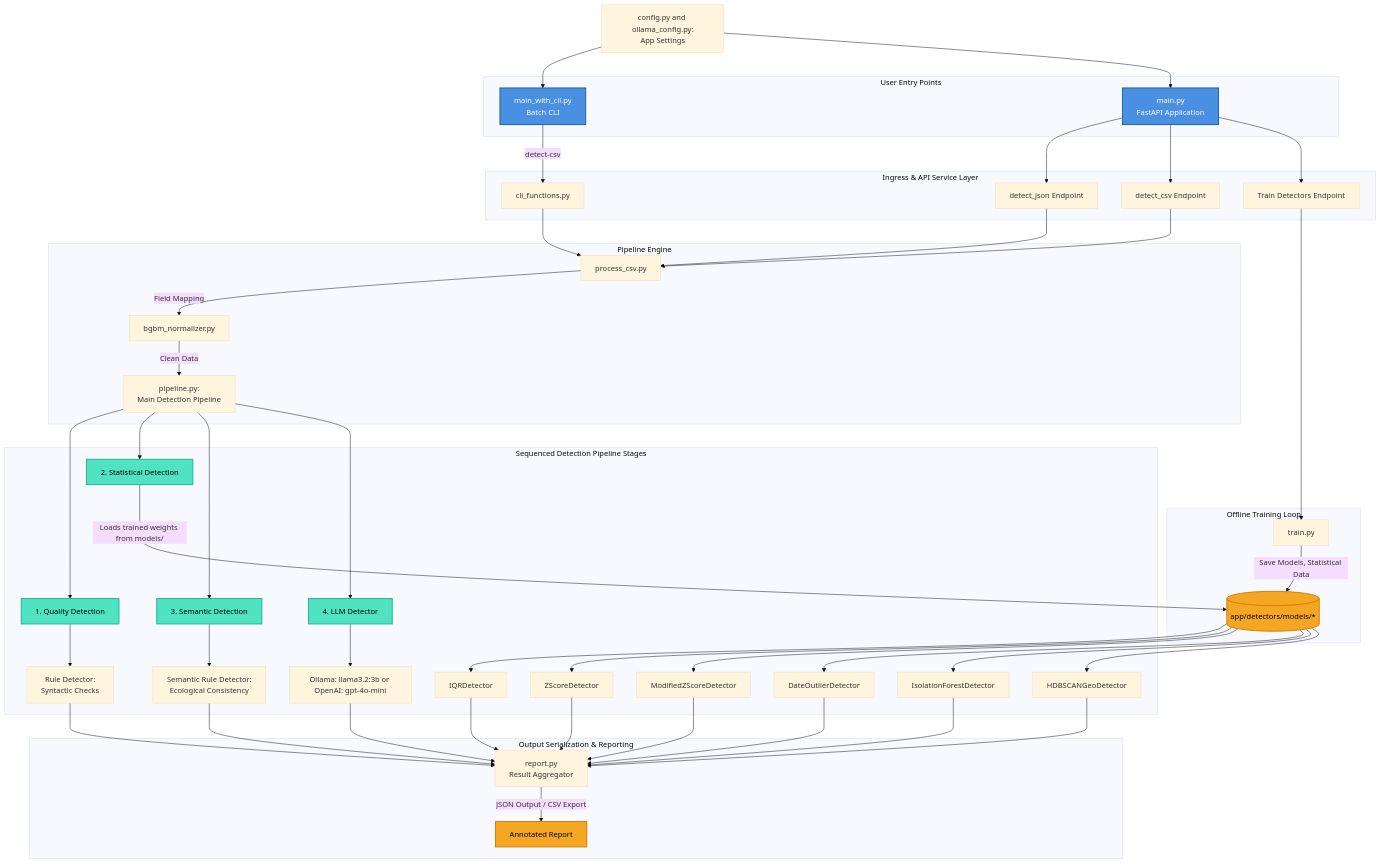
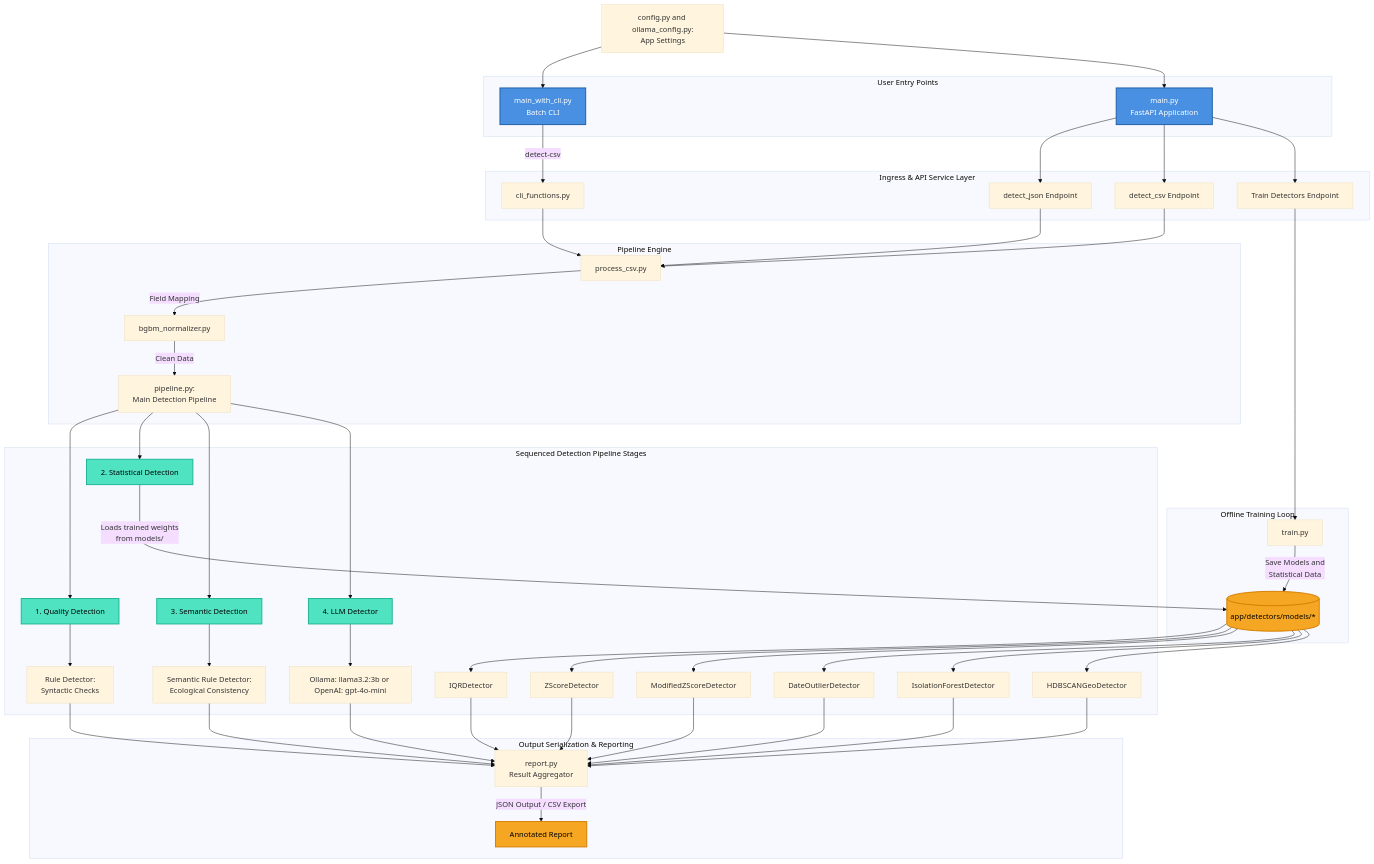
Before and after one commit to messierandromeda/Taxonomy-Classifier-and-Outlier-Detection: the diagram in README.md, drawn with Mermaid (base theme). The commit also changed other lines of this file, not shown here.

````diff
--- a/README.md
+++ b/README.md
@@ -76,79 +77,79 @@
 ```mermaid
 graph TD
     %% Base Styling Definitions
     classDef api fill:#4a90e2,stroke:#1d5da3,stroke-width:2px,color:#fff;
     classDef pipeline fill:#50e3c2,stroke:#1bb394,stroke-width:2px,color:#000;
     classDef modelFile fill:#f5a623,stroke:#d47d00,stroke-width:2px,color:#000;
     classDef fallback fill:#eaeaea,stroke:#b5b5b5,stroke-width:1px,color:#333;
     classDef data fill:#f5a623,stroke:#d47d00,stroke-width:2px,color:#000;
 
     %% Configuration & Settings Load
     C[config.py and ollama_config.py:<br>App Settings] --> M1
     C --> M2
 
     %% User Entry Points
     subgraph Client_Interface [User Entry Points]
         M1[main_with_cli.py<br>Batch CLI]:::api
         M2[main.py<br>FastAPI Application]:::api
     end
 
     %% Ingress Payloads & Routing Architecture (Train moved to the right)
     subgraph FastAPI_Endpoints [Ingress & API Service Layer]
         M1 -->|detect-csv| F[cli_functions.py]
         
         D[detect_json Endpoint]
         E[detect_csv Endpoint]
         G[Train Detectors Endpoint]
 
         M2 --> D
         M2 --> E
         M2 --> G
     end
 
     %% Training State Mechanism (Shifted right below G)
     subgraph Offline_Training_State [Offline Training Loop]
         G --> K[train.py]
-        K -->|Save Models, Statistical Data| L[(app/detectors/models/*)]:::modelFile
+        K -->|Save Models and<br>Statistical Data| L[(app/detectors/models/*)]:::modelFile
     end
 
     %% Normalization & Pipeline Engine
     subgraph Core_Engine [Pipeline Engine]
         D --> H[process_csv.py]
         E --> H
         F --> H
         H -->|Field Mapping| I[bgbm_normalizer.py]
         I -->|Clean Data| J[pipeline.py:<br> Main Detection Pipeline]
     end
 
     %% Invisible layout link to pull the Engine section down uniformly
     L ~~~ H
 
     %% Internal Sequenced Detector Logic
     subgraph Pipeline_Execution_Stages [Sequenced Detection Pipeline Stages]
         J --> Stage1[1. Quality Detection]
         Stage1 -->S1A[Rule Detector:<br>Syntactic Checks]
         
         J --> Stage2[2. Statistical Detection]
-        Stage2 --->|Loads trained weights from models/| L
+        Stage2 --->|Loads trained weights<br>from models/| L
         L --> S2A[IQRDetector]
         L --> S2B[ZScoreDetector]
         L --> S2C[ModifiedZScoreDetector]
         L --> S2D[DateOutlierDetector]
         L --> S2E[IsolationForestDetector]
         L --> S2F[HDBSCANGeoDetector]
         
         J --> Stage3[3. Semantic Detection]
         Stage3 --> S3A[Semantic Rule Detector:<br>Ecological Consistency]
         
         J --> Stage4["4. LLM Detector"]
         Stage4 -->N[Ollama: llama3.2:3b or OpenAI: gpt-4o-mini]
     end
 
     %% Output Serialization & Reporting
     subgraph Output_Aggregation [Output Serialization & Reporting]
         S1A & S2A & S2B & S2C & S2D & S2E & S2F & S3A & N --> O[report.py<br>Result Aggregator]
         O -->|JSON Output / CSV Export| Q[Annotated Report]:::data
     end
 
     class Stage1,Stage2,Stage3,Stage4 pipeline;
 ```
````
